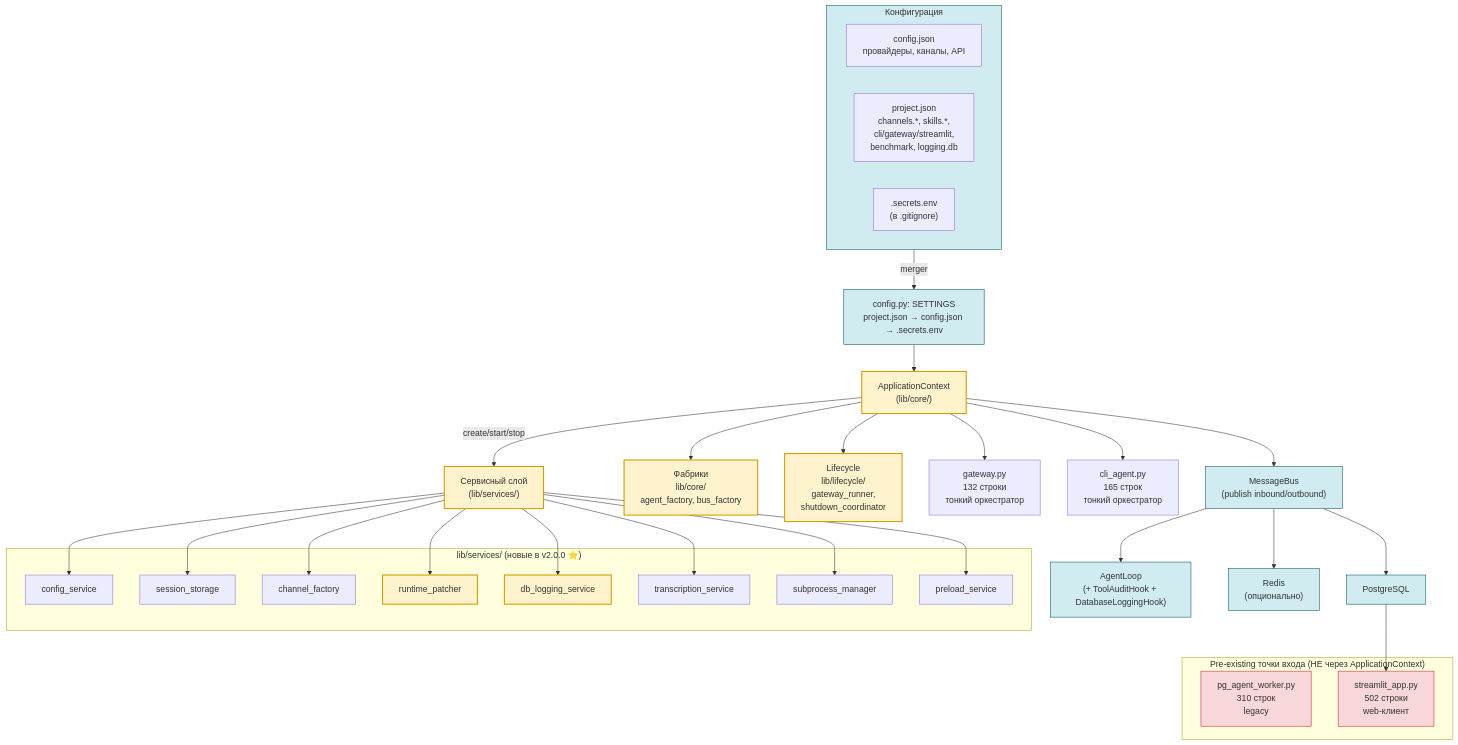
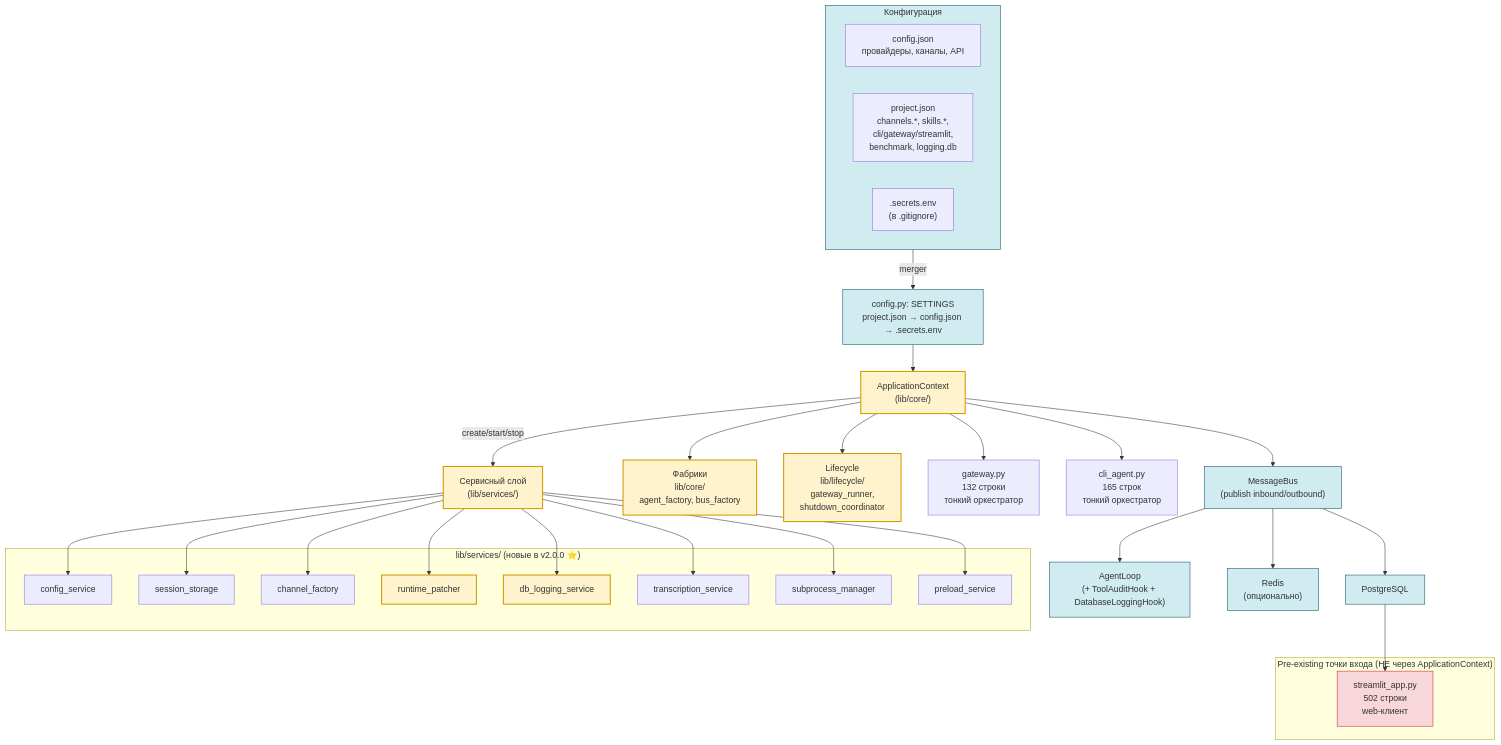
The diagram in README.md (AlexEgorov85/workspaces_nanobot), drawn with Mermaid before and after one commit. The commit also changed other lines of this file and 6 other files, not shown here.

````diff
--- a/README.md
+++ b/README.md
@@ -90,65 +87,64 @@
 ```mermaid
 flowchart TB
     %% Конфигурация
     subgraph CFG["Конфигурация"]
         CONFIG["config.json<br/>провайдеры, каналы, API"]
         PROJECT["project.json<br/>channels.*, skills.*,<br/>cli/gateway/streamlit,<br/>benchmark, logging.db"]
         SECRETS[".secrets.env<br/>(в .gitignore)"]
     end
 
     %% SETTINGS
     CFG -->|"merger"| SETTINGS["config.py: SETTINGS<br/>project.json → config.json → .secrets.env"]
 
     %% Bootstrap
     SETTINGS --> CTX["ApplicationContext<br/>(lib/core/)"]
     CTX -->|"create/start/stop"| SVC["Сервисный слой<br/>(lib/services/)"]
     CTX --> CORE["Фабрики<br/>lib/core/<br/>agent_factory, bus_factory"]
     CTX --> LIFE["Lifecycle<br/>lib/lifecycle/<br/>gateway_runner,<br/>shutdown_coordinator"]
 
     %% Сервисы
     subgraph SERVICES["lib/services/ (новые в v2.0.0 ⭐)"]
         CFG_SVC["config_service"]
         SESS_SVC["session_storage"]
         CHAN_SVC["channel_factory"]
         PATCHER["runtime_patcher"]
         LOG_SVC["db_logging_service"]
         TRANS_SVC["transcription_service"]
         SUB_SVC["subprocess_manager"]
         PRELOAD["preload_service"]
     end
 
     SVC --> CFG_SVC & SESS_SVC & CHAN_SVC & PATCHER & LOG_SVC & TRANS_SVC & SUB_SVC & PRELOAD
 
     %% Точки входа
     GATEWAY["gateway.py<br/>132 строки<br/>тонкий оркестратор"]
     CLI["cli_agent.py<br/>165 строк<br/>тонкий оркестратор"]
     CTX --> GATEWAY
     CTX --> CLI
 
     %% Шина
     BUS["MessageBus<br/>(publish inbound/outbound)"]
     CTX --> BUS
     BUS --> AGENT["AgentLoop<br/>(+ ToolAuditHook + DatabaseLoggingHook)"]
 
     %% Pre-existing (не через ApplicationContext)
     subgraph LEGACY["Pre-existing точки входа (НЕ через ApplicationContext)"]
-        PGWORKER["pg_agent_worker.py<br/>310 строк<br/>legacy"]
         STREAMLIT["streamlit_app.py<br/>502 строки<br/>web-клиент"]
     end
 
     %% Каналы
     PG["PostgreSQL"]
     REDIS["Redis<br/>(опционально)"]
     BUS --> PG
     BUS --> REDIS
     PG --> STREAMLIT
 
     %% Стили
     classDef v2 fill:#fff3cd,stroke:#d39e00,stroke-width:2px
     classDef legacy fill:#f8d7da,stroke:#c82333
     classDef infra fill:#d1ecf1,stroke:#0c5460
 
     class CTX,CORE,LIFE,SVC,CORE,LOG_SVC,PATCHER v2
     class PGWORKER,STREAMLIT legacy
     class CFG,SETTINGS,BUS,PG,REDIS,AGENT infra
 ```
````
